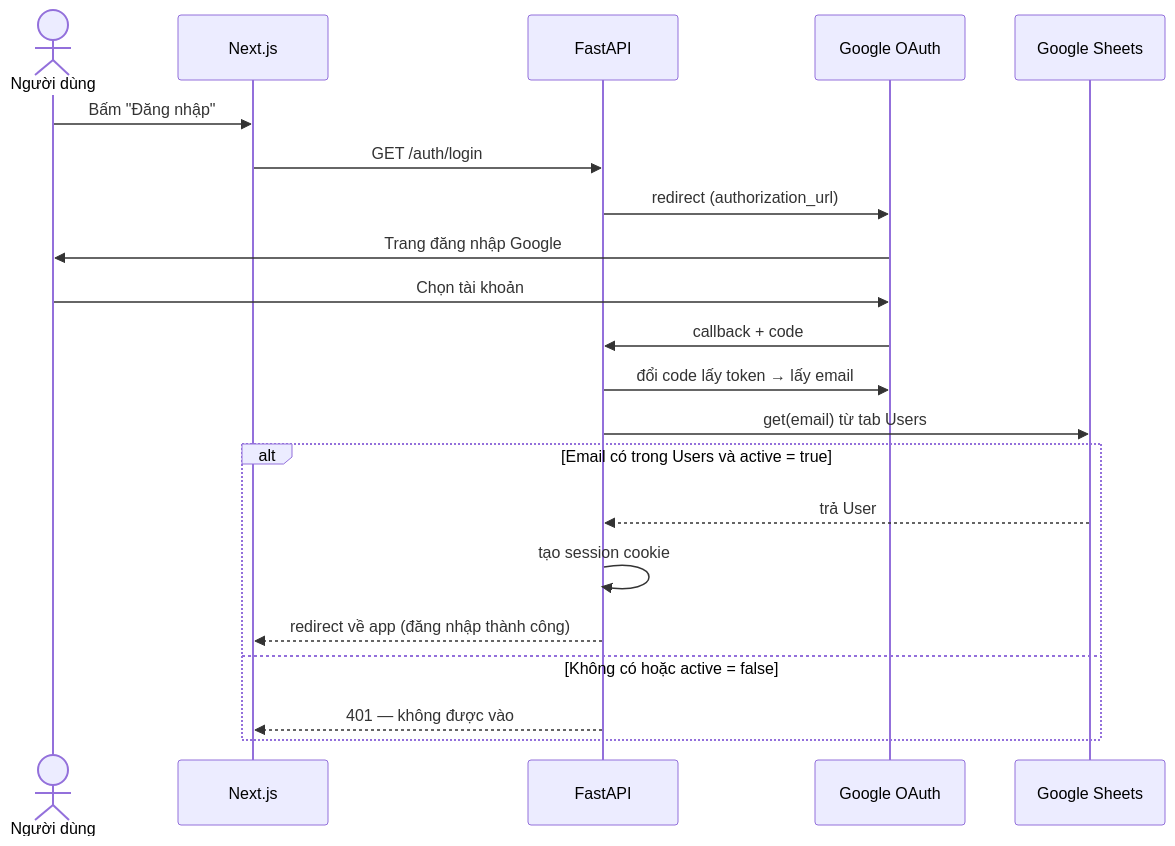
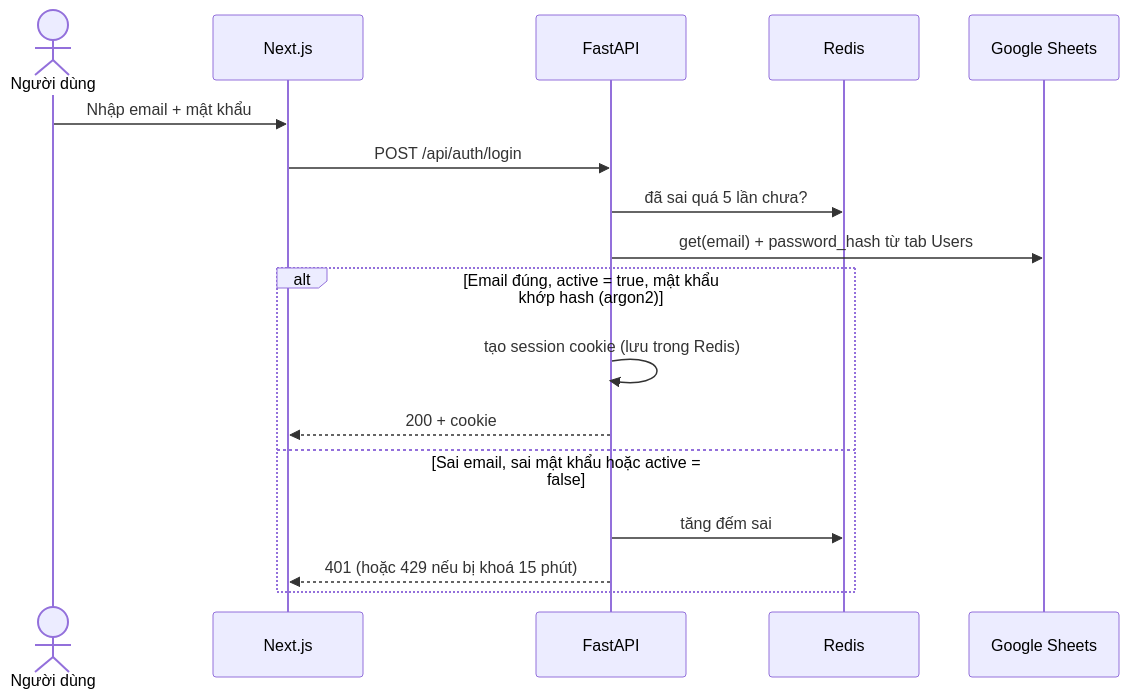
The second of 3 diagrams in docs/architecture.md (hieupt-ht/ai-test-runner-test), drawn with Mermaid before and after one commit. The commit also changed other lines of this file and 5 other files, not shown here.

First line of the commit message:
docs: đổi hướng dẫn sang đăng nhập bằng mật khẩu

````diff
--- a/docs/architecture.md
+++ b/docs/architecture.md
@@ -53,24 +52,20 @@
 ```mermaid
 sequenceDiagram
     actor User as Người dùng
     participant FE as Next.js
     participant BE as FastAPI
-    participant Google as Google OAuth
+    participant Redis as Redis
     participant Sheet as Google Sheets
 
-    User->>FE: Bấm "Đăng nhập"
-    FE->>BE: GET /auth/login
-    BE->>Google: redirect (authorization_url)
-    Google->>User: Trang đăng nhập Google
-    User->>Google: Chọn tài khoản
-    Google->>BE: callback + code
-    BE->>Google: đổi code lấy token → lấy email
-    BE->>Sheet: get(email) từ tab Users
-    alt Email có trong Users và active = true
-        Sheet-->>BE: trả User
-        BE->>BE: tạo session cookie
-        BE-->>FE: redirect về app (đăng nhập thành công)
-    else Không có hoặc active = false
-        BE-->>FE: 401 — không được vào
+    User->>FE: Nhập email + mật khẩu
+    FE->>BE: POST /api/auth/login
+    BE->>Redis: đã sai quá 5 lần chưa?
+    BE->>Sheet: get(email) + password_hash từ tab Users
+    alt Email đúng, active = true, mật khẩu khớp hash (argon2)
+        BE->>BE: tạo session cookie (lưu trong Redis)
+        BE-->>FE: 200 + cookie
+    else Sai email, sai mật khẩu hoặc active = false
+        BE->>Redis: tăng đếm sai
+        BE-->>FE: 401 (hoặc 429 nếu bị khoá 15 phút)
     end
 ```
````
